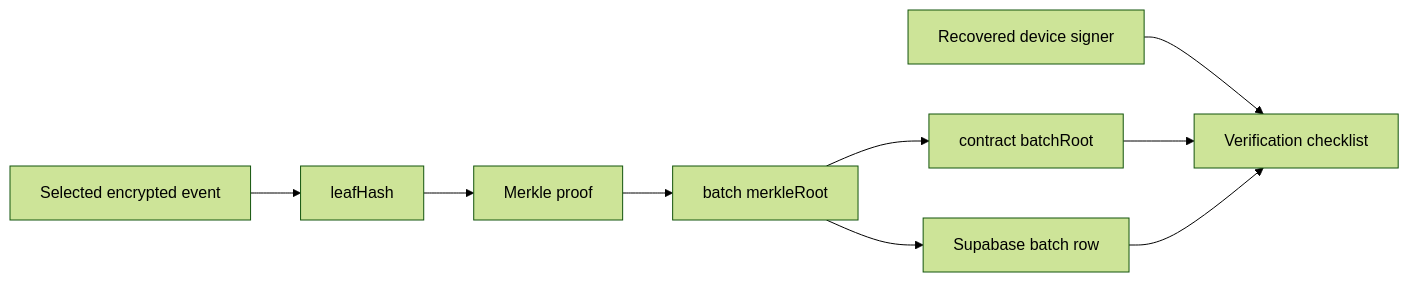
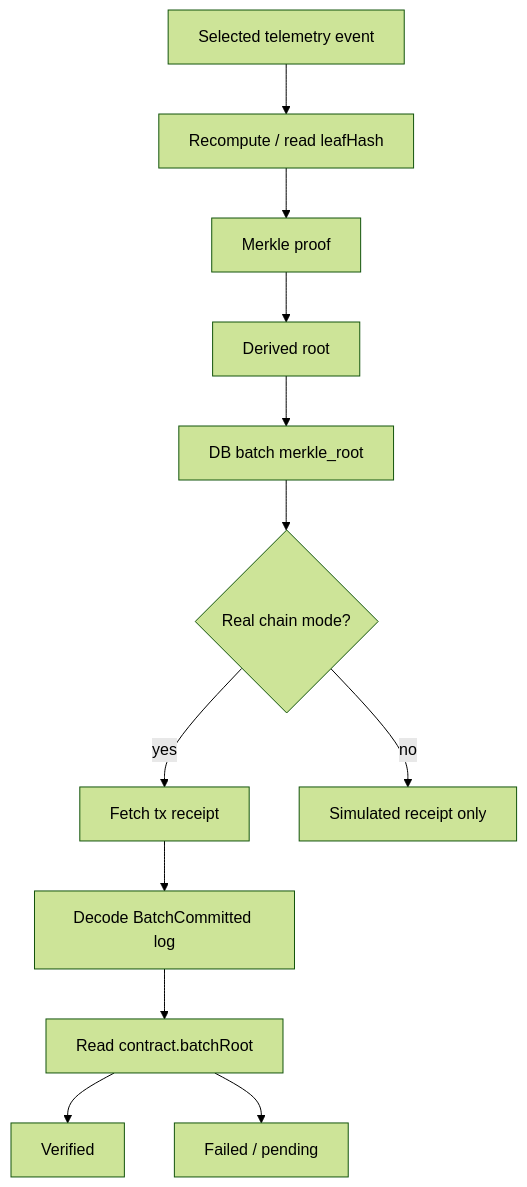
The sixth of 6 diagrams in docs/protocol.md (roshaninfordham/monad-sentinel), drawn with Mermaid (forest theme) before and after one commit. The commit also changed other lines of this file and 22 other files, not shown here.

Commit message:
docs: refresh architecture docs and screenshots

````diff
--- a/docs/protocol.md
+++ b/docs/protocol.md
@@ -172,11 +228,27 @@
 ```mermaid
-flowchart LR
-  Event[Selected encrypted event] --> Leaf[leafHash]
-  Leaf --> Proof[Merkle proof]
-  Proof --> Root[batch merkleRoot]
-  Root --> DB[Supabase batch row]
-  Root --> Chain[contract batchRoot]
-  Sig[Recovered device signer] --> Receipt[Verification checklist]
-  Chain --> Receipt
-  DB --> Receipt
+flowchart TB
+  Event[Selected telemetry event]
+  Leaf[Recompute / read leafHash]
+  Proof[Merkle proof]
+  LocalRoot[Derived root]
+  BatchRoot[DB batch merkle_root]
+  Mode{Real chain mode?}
+  Tx[Fetch tx receipt]
+  Log[Decode BatchCommitted log]
+  Contract[Read contract.batchRoot]
+  Verified[Verified]
+  Simulated[Simulated receipt only]
+  Failed[Failed / pending]
+
+  Event --> Leaf
+  Leaf --> Proof
+  Proof --> LocalRoot
+  LocalRoot --> BatchRoot
+  BatchRoot --> Mode
+  Mode -->|no| Simulated
+  Mode -->|yes| Tx
+  Tx --> Log
+  Log --> Contract
+  Contract --> Verified
+  Contract --> Failed
 ```
````
